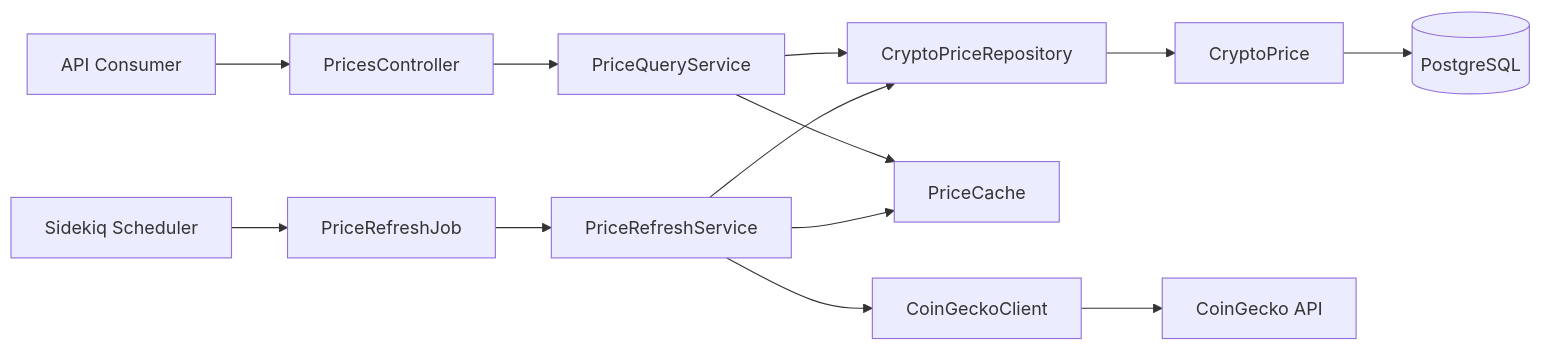
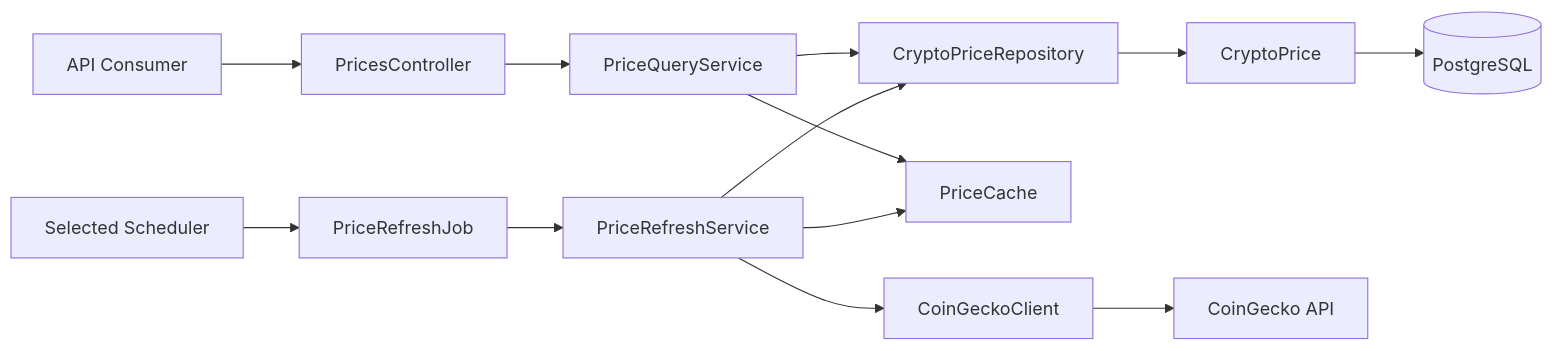
One commit to JoelBright/crypto-price-api changed the second of 6 diagrams in docs/JUNIOR_DEVELOPER_GUIDE.md. Above: the diagram before and after it, drawn with Mermaid. The commit also changed other lines of this file and 6 other files, not shown here.

````diff
--- a/docs/JUNIOR_DEVELOPER_GUIDE.md
+++ b/docs/JUNIOR_DEVELOPER_GUIDE.md
@@ -247,29 +242,29 @@
 ```mermaid
 flowchart LR
     Client[API Consumer]
     Controller[PricesController]
     QueryService[PriceQueryService]
     RefreshService[PriceRefreshService]
     Repository[CryptoPriceRepository]
     Cache[PriceCache]
     ProviderClient[CoinGeckoClient]
     Model[CryptoPrice]
     Database[(PostgreSQL)]
     Job[PriceRefreshJob]
-    Scheduler[Sidekiq Scheduler]
+    Scheduler[Selected Scheduler]
     Provider[CoinGecko API]
 
     Client --> Controller
     Controller --> QueryService
     QueryService --> Cache
     QueryService --> Repository
     Repository --> Model
     Model --> Database
 
     Scheduler --> Job
     Job --> RefreshService
     RefreshService --> ProviderClient
     RefreshService --> Repository
     RefreshService --> Cache
     ProviderClient --> Provider
 ```
````
